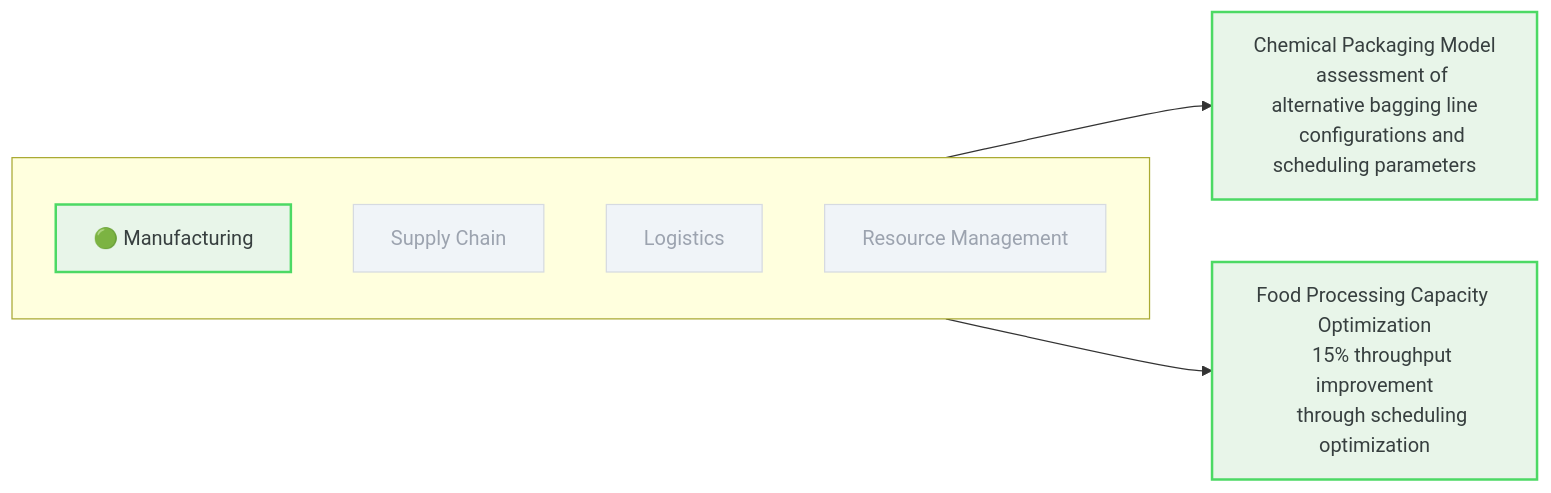
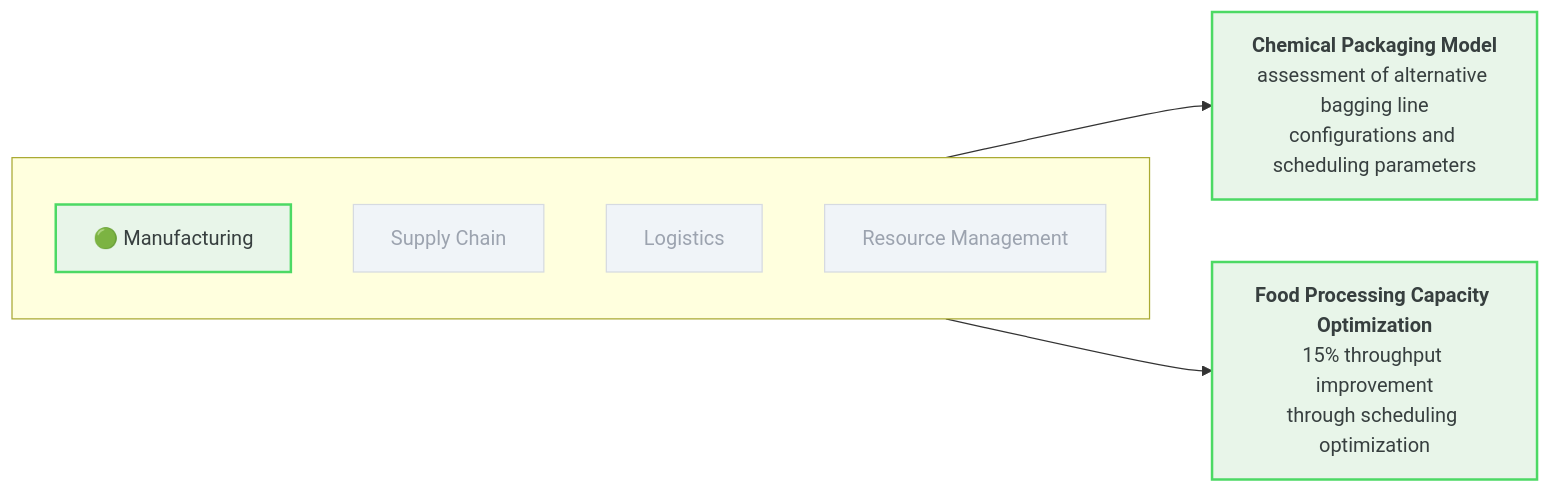
The diagram in src/manufacturing/case-studies.md (SimulationDynamics/sdi-self-guided-tour), drawn with Mermaid before and after one commit. The commit also changed 5 other files, not shown here.

First line of the commit message:
Add bold titles and clickable links to Mermaid diagrams, update docs

```diff
--- a/src/manufacturing/case-studies.md
+++ b/src/manufacturing/case-studies.md
@@ -20,22 +20,24 @@
 <div class="mermaid">
 graph LR
     subgraph sections[" "]
         direction TB
         M["🟢 Manufacturing"]
         SC["Supply Chain"]
         L["Logistics"]
         RM["Resource Management"]
     end
-    M -->|" "| CS1["Chemical Packaging Model
+    M -->|" "| CS1["`**Chemical Packaging Model**
     assessment of alternative bagging line
-    configurations and scheduling parameters"]
-    M -->|" "| CS2["Food Processing Capacity Optimization
+    configurations and scheduling parameters`"]
+    M -->|" "| CS2["`**Food Processing Capacity Optimization**
     15% throughput improvement
-    through scheduling optimization"]
+    through scheduling optimization`"]
+    click CS1 "/manufacturing/case-studies/#chemical-packaging-model"
+    click CS2 "/manufacturing/case-studies/#food-processing-capacity-optimization"
     classDef active fill:#e8f5e9,stroke:#4CD964,stroke-width:2px,color:#373F3F
     classDef dimmed fill:#f0f4f8,stroke:#D6DAE1,stroke-width:1px,color:#9ca3af
     classDef caseStudy fill:#e8f5e9,stroke:#4CD964,stroke-width:2px,color:#373F3F
     class M active
     class SC,L,RM dimmed
     class CS1,CS2 caseStudy
 </div>
```
